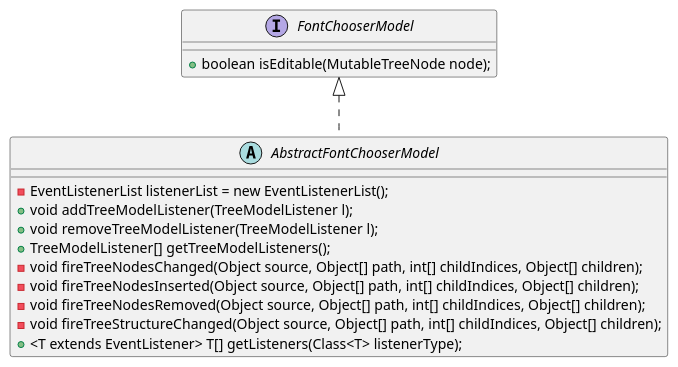
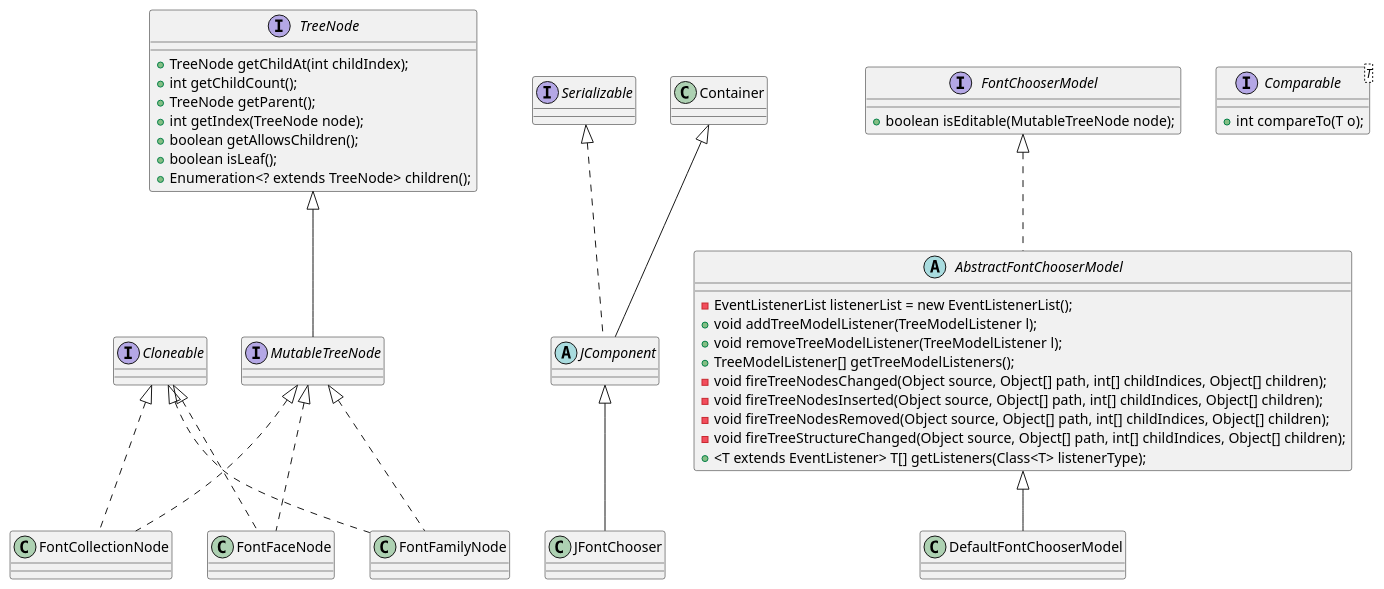
Before and after one commit to vimis22/PlantUML-Diagrams: the diagram in maintenace_diagrams/font_classdiagram.puml, drawn with PlantUML. The commit also changed 1 other file, not shown here.

Commit message:
Currently working on Refining Classdiagram for Portfolio-Work

```diff
--- a/maintenace_diagrams/font_classdiagram.puml
+++ b/maintenace_diagrams/font_classdiagram.puml
@@ -1,18 +1,60 @@
 @startuml
-interface FontChooserModel{
+
+interface Cloneable {
+}
+
+interface Serializable {
+}
+
+abstract class JComponent extends Container implements Serializable {
+}
+
+interface FontChooserModel {
   + boolean isEditable(MutableTreeNode node);
 }
 
-abstract class AbstractFontChooserModel implements FontChooserModel{
-- EventListenerList listenerList = new EventListenerList();
-+ void addTreeModelListener(TreeModelListener l);
-+ void removeTreeModelListener(TreeModelListener l);
-+ TreeModelListener[] getTreeModelListeners();
-- void fireTreeNodesChanged(Object source, Object[] path, int[] childIndices, Object[] children);
-- void fireTreeNodesInserted(Object source, Object[] path, int[] childIndices, Object[] children);
-- void fireTreeNodesRemoved(Object source, Object[] path, int[] childIndices, Object[] children);
-- void fireTreeStructureChanged(Object source, Object[] path, int[] childIndices, Object[] children);
-+ <T extends EventListener> T[] getListeners(Class<T> listenerType);
+interface Comparable<T> {
+  + int compareTo(T o);
+}
+
+interface TreeNode {
+  + TreeNode getChildAt(int childIndex);
+  + int getChildCount();
+  + TreeNode getParent();
+  + int getIndex(TreeNode node);
+  + boolean getAllowsChildren();
+  + boolean isLeaf();
+  + Enumeration<? extends TreeNode> children();
+}
+
+interface MutableTreeNode extends TreeNode {
+}
+
+abstract class AbstractFontChooserModel implements FontChooserModel {
+  - EventListenerList listenerList = new EventListenerList();
+  + void addTreeModelListener(TreeModelListener l);
+  + void removeTreeModelListener(TreeModelListener l);
+  + TreeModelListener[] getTreeModelListeners();
+  - void fireTreeNodesChanged(Object source, Object[] path, int[] childIndices, Object[] children);
+  - void fireTreeNodesInserted(Object source, Object[] path, int[] childIndices, Object[] children);
+  - void fireTreeNodesRemoved(Object source, Object[] path, int[] childIndices, Object[] children);
+  - void fireTreeStructureChanged(Object source, Object[] path, int[] childIndices, Object[] children);
+  + <T extends EventListener> T[] getListeners(Class<T> listenerType);
+}
+
+class DefaultFontChooserModel extends AbstractFontChooserModel {
+}
+
+class FontCollectionNode implements MutableTreeNode, Cloneable {
+}
+
+class FontFaceNode implements MutableTreeNode, Cloneable {
+}
+
+class FontFamilyNode implements MutableTreeNode, Cloneable {
+}
+
+class JFontChooser extends JComponent {
 }
 
 @enduml
```
